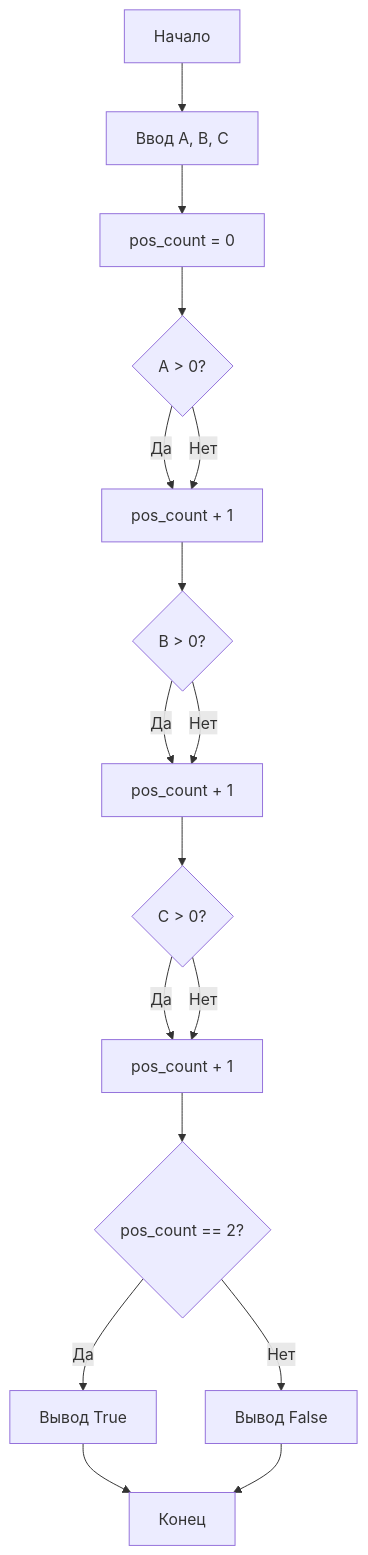
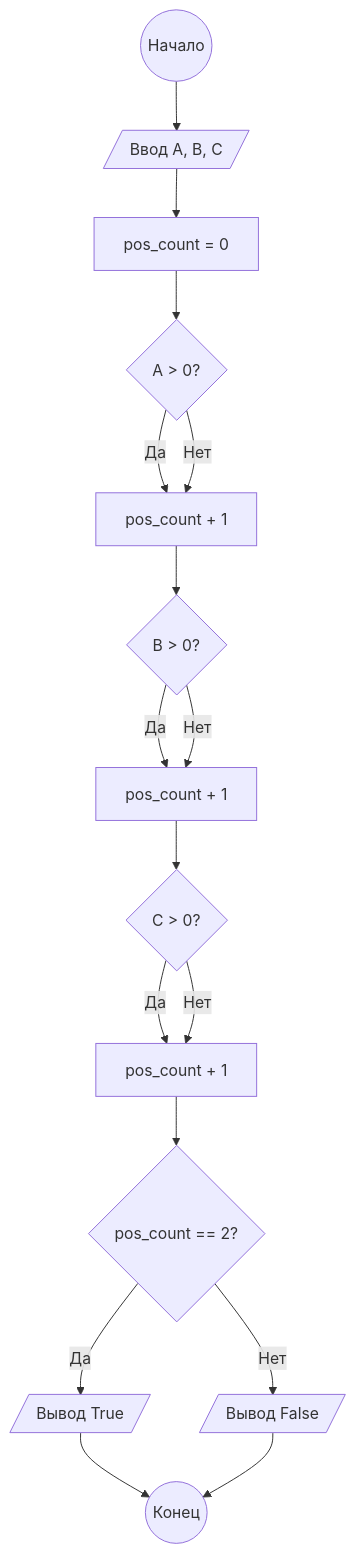
The diagram in practices/p3/n1/README.md (topanim/python-programming-practice), drawn with Mermaid before and after one commit. The commit also changed 4 other files, not shown here.

````diff
--- a/practices/p3/n1/README.md
+++ b/practices/p3/n1/README.md
@@ -15,19 +15,19 @@
 ```mermaid
 graph TB
-    A[Начало] --> B[Ввод A, B, C];
+    A((Начало)) --> B[/Ввод A, B, C/];
     B --> C[pos_count = 0];
     C --> D{A > 0?};
     D -- Да --> E[pos_count + 1];
     D -- Нет --> E;
     E --> F{B > 0?};
     F -- Да --> G[pos_count + 1];
     F -- Нет --> G;
     G --> H{C > 0?};
     H -- Да --> I[pos_count + 1];
     H -- Нет --> I;
     I --> J{pos_count == 2?};
-    J -- Да --> K[Вывод True];
-    J -- Нет --> L[Вывод False];
-    K --> M[Конец];
+    J -- Да --> K[/Вывод True/];
+    J -- Нет --> L[/Вывод False/];
+    K --> M((Конец));
     L --> M;
 ```
````
